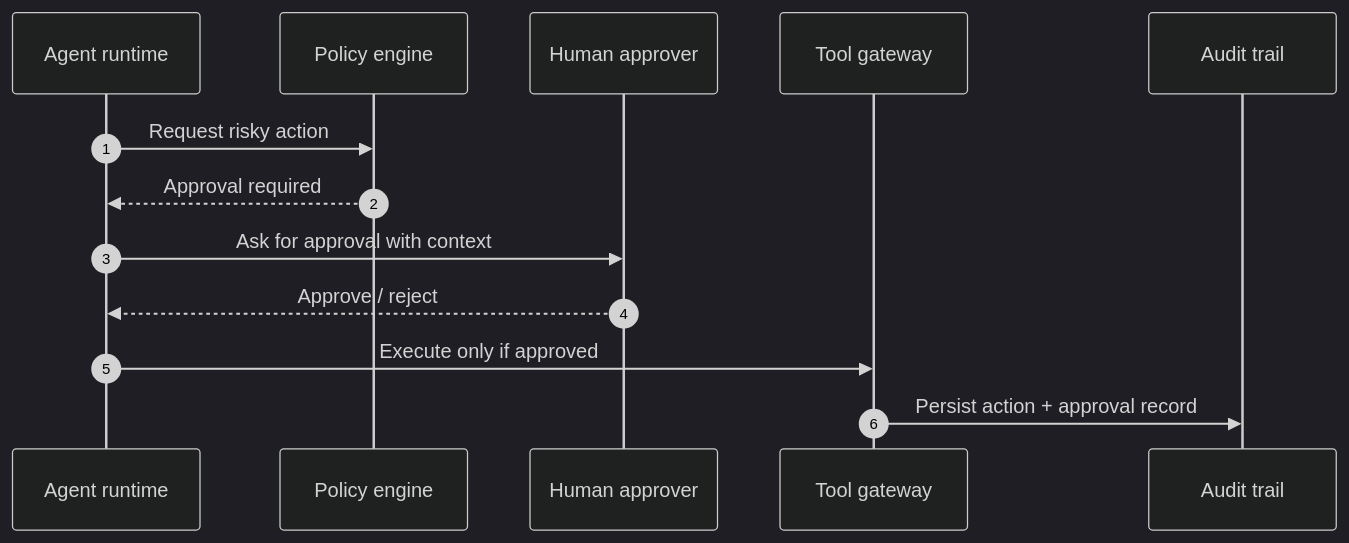
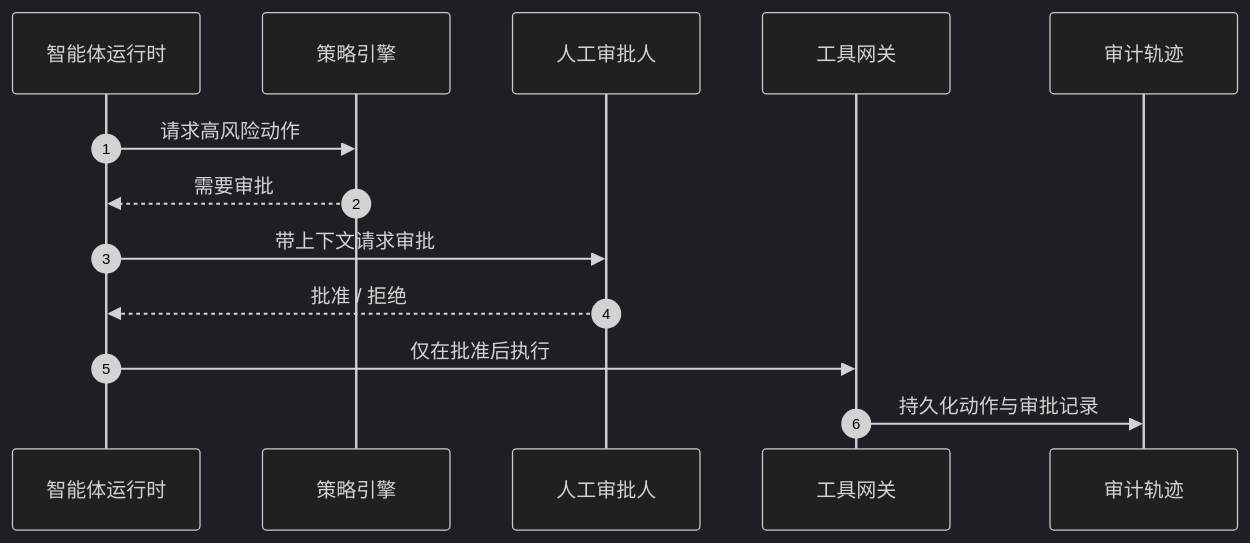
One commit to agent-axiom/agent-arch changed the diagram in docs/book/part-ii/chapter-4.zh.md. Above: the diagram before and after it, drawn with Mermaid (dark theme). The commit also changed other lines of this file, not shown here.

Commit message:
Polish Chinese chapter four gateway prose

````diff
--- a/docs/book/part-ii/chapter-4.zh.md
+++ b/docs/book/part-ii/chapter-4.zh.md
@@ -91,16 +91,16 @@
 ``` mermaid
 sequenceDiagram
     autonumber
-    participant R as Agent runtime
-    participant P as Policy engine
-    participant H as Human approver
-    participant T as Tool gateway
-    participant A as Audit trail
+    participant R as 智能体运行时
+    participant P as 策略引擎
+    participant H as 人工审批人
+    participant T as 工具网关
+    participant A as 审计轨迹
 
-    R->>P: Request risky action
-    P-->>R: Approval required
-    R->>H: Ask for approval with context
-    H-->>R: Approve / reject
-    R->>T: Execute only if approved
-    T->>A: Persist action + approval record
+    R->>P: 请求高风险动作
+    P-->>R: 需要审批
+    R->>H: 带上下文请求审批
+    H-->>R: 批准 / 拒绝
+    R->>T: 仅在批准后执行
+    T->>A: 持久化动作与审批记录
 ```
````
